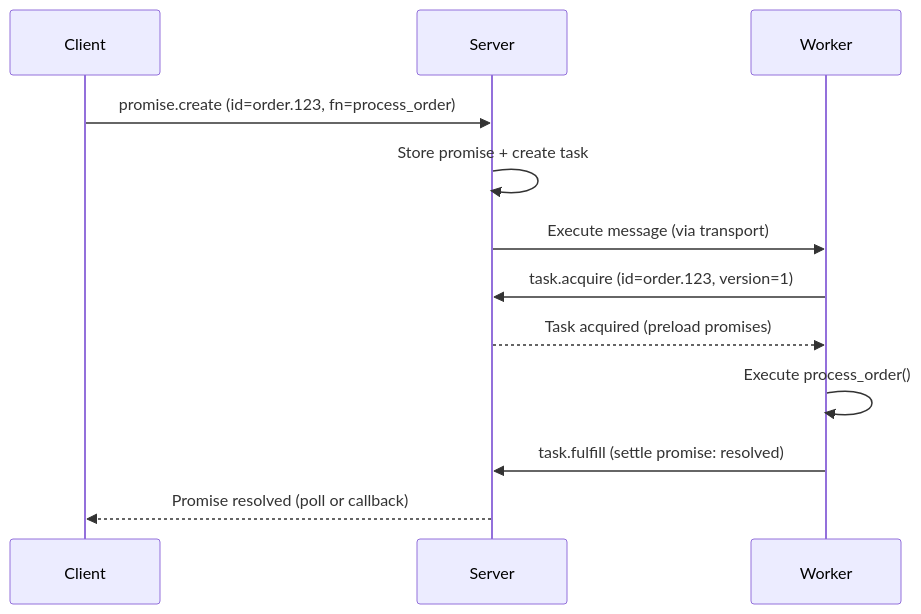
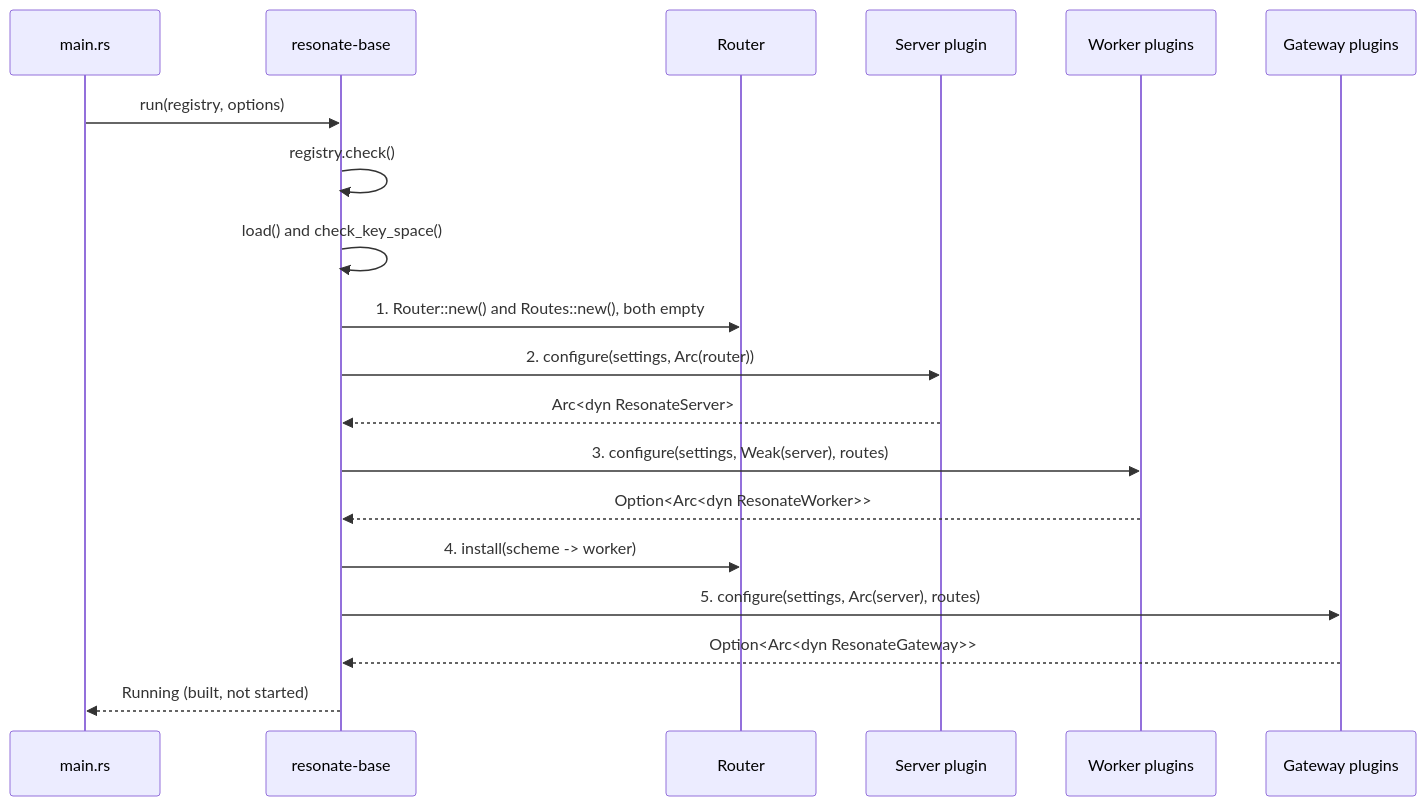
The third of 4 diagrams in resonate/markdown/01-architecture.md (ewe-studios/explorations), drawn with Mermaid before and after one commit. The commit also changed other lines of this file and 636 other files, not shown here.

````diff
--- a/resonate/markdown/01-architecture.md
+++ b/resonate/markdown/01-architecture.md
@@ -162,15 +279,21 @@
 ```mermaid
 sequenceDiagram
-    participant C as Client
-    participant S as Server
-    participant W as Worker
-
-    C->>S: promise.create (id=order.123, fn=process_order)
-    S->>S: Store promise + create task
-    S->>W: Execute message (via transport)
-    W->>S: task.acquire (id=order.123, version=1)
-    S-->>W: Task acquired (preload promises)
-    W->>W: Execute process_order()
-    W->>S: task.fulfill (settle promise: resolved)
-    S-->>C: Promise resolved (poll or callback)
+    participant Main as main.rs
+    participant Base as resonate-base
+    participant R as Router
+    participant S as Server plugin
+    participant W as Worker plugins
+    participant G as Gateway plugins
+    Main->>Base: run(registry, options)
+    Base->>Base: registry.check()
+    Base->>Base: load() and check_key_space()
+    Base->>R: 1. Router::new() and Routes::new(), both empty
+    Base->>S: 2. configure(settings, Arc(router))
+    S-->>Base: Arc<dyn ResonateServer>
+    Base->>W: 3. configure(settings, Weak(server), routes)
+    W-->>Base: Option<Arc<dyn ResonateWorker>>
+    Base->>R: 4. install(scheme -> worker)
+    Base->>G: 5. configure(settings, Arc(server), routes)
+    G-->>Base: Option<Arc<dyn ResonateGateway>>
+    Base-->>Main: Running (built, not started)
 ```
````
